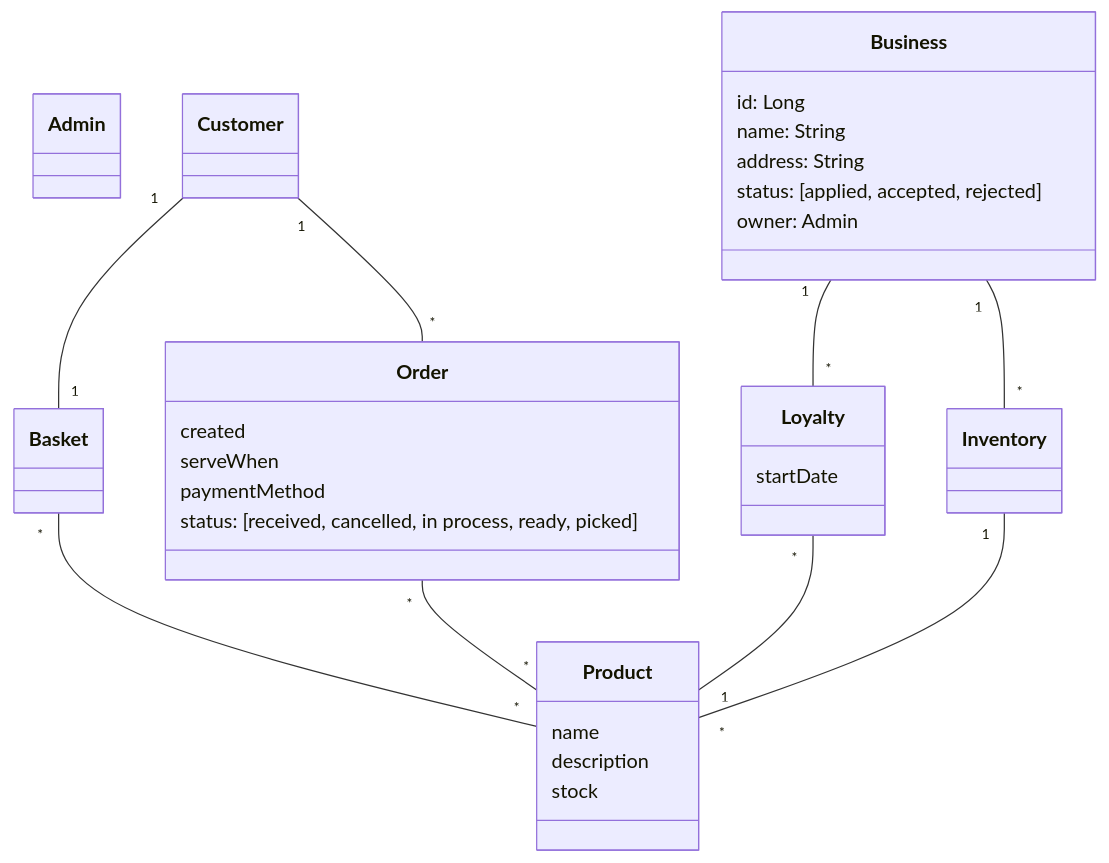
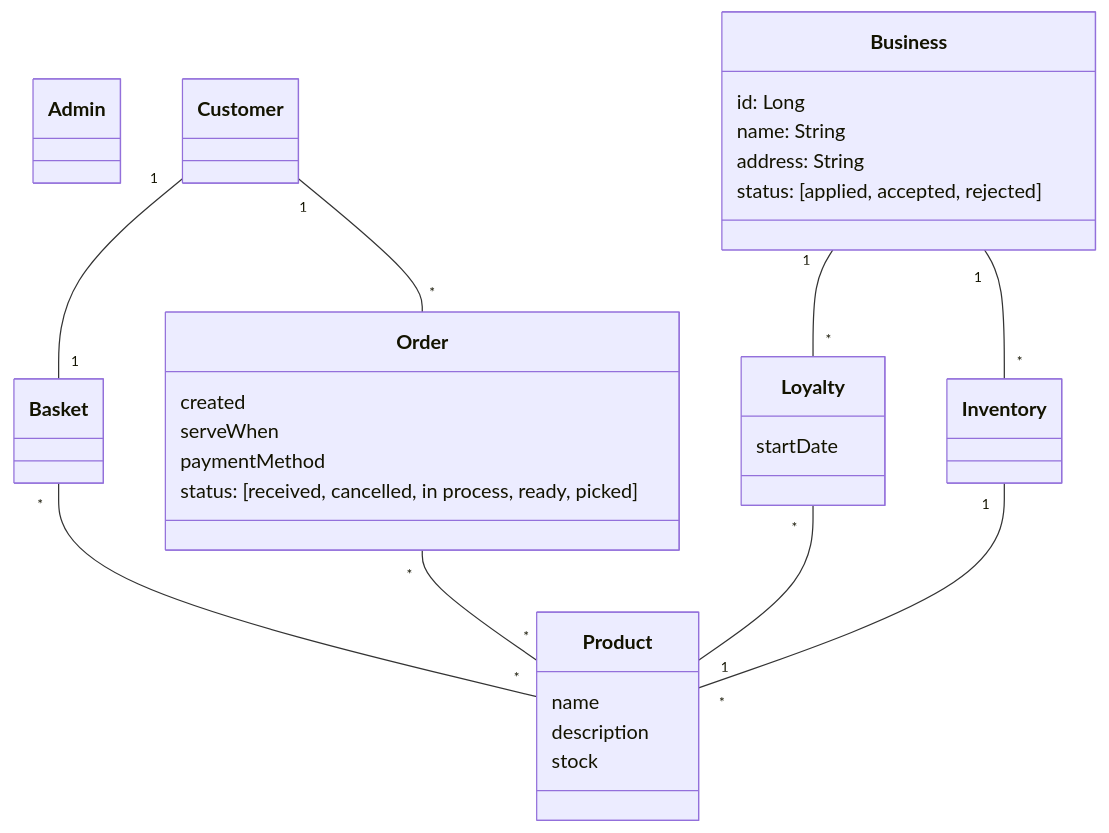
Before and after one commit to UdL-EPS-SoftArch/mycoffe-api: the diagram in README.md, drawn with Mermaid.

````diff
--- a/README.md
+++ b/README.md
@@ -39,37 +39,36 @@
 ```mermaid
 classDiagram
 class Admin { }
 class Customer { }
 class Basket { }
 class Order {
     created
     serveWhen
     paymentMethod
     status: [received, cancelled, in process, ready, picked]
 }
 class Business {
     id: Long
     name: String
     address: String
     status: [applied, accepted, rejected]
-    owner: Admin
 }
 class Loyalty {
     startDate
 }
 class Inventory { }
 class Product {
     name
     description
     stock
 }
 
 Customer "1" -- "1" Basket
 Customer "1" -- "*" Order
 Basket "*" -- "*" Product
 Order "*" -- "*" Product
 Business "1" -- "*" Loyalty
 Business "1" -- "*" Inventory
 Loyalty "*" -- "1" Product
 Inventory "1" -- "*" Product
 ```
````
